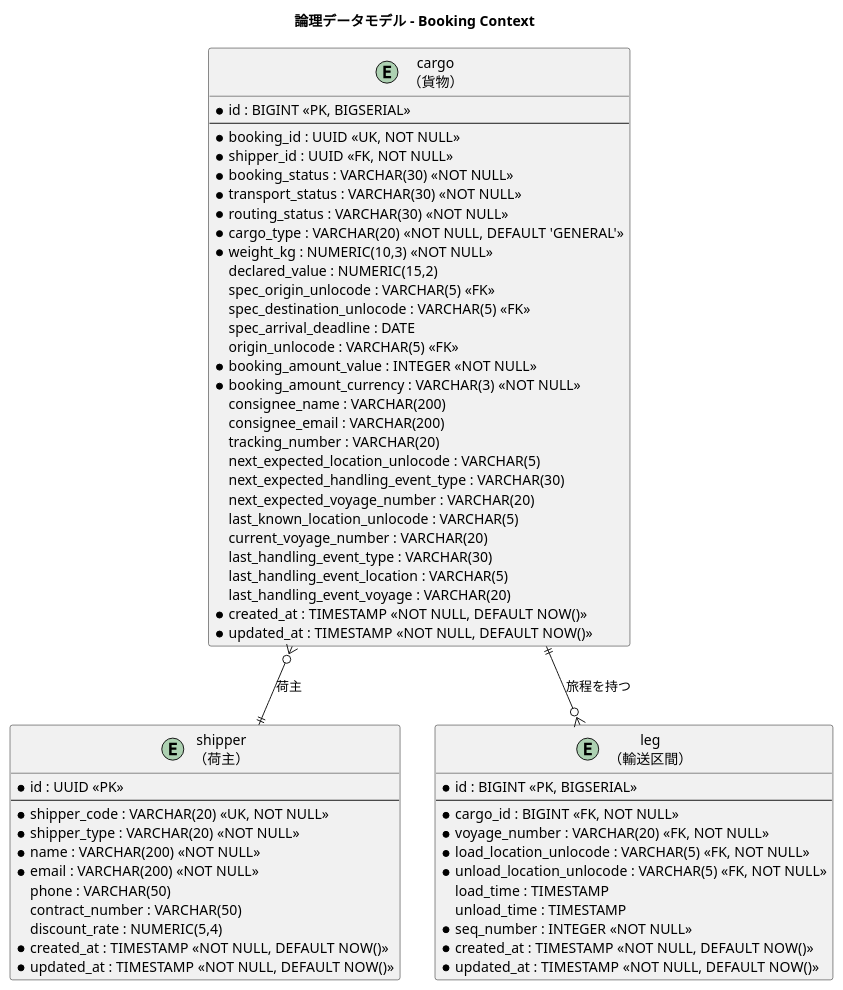
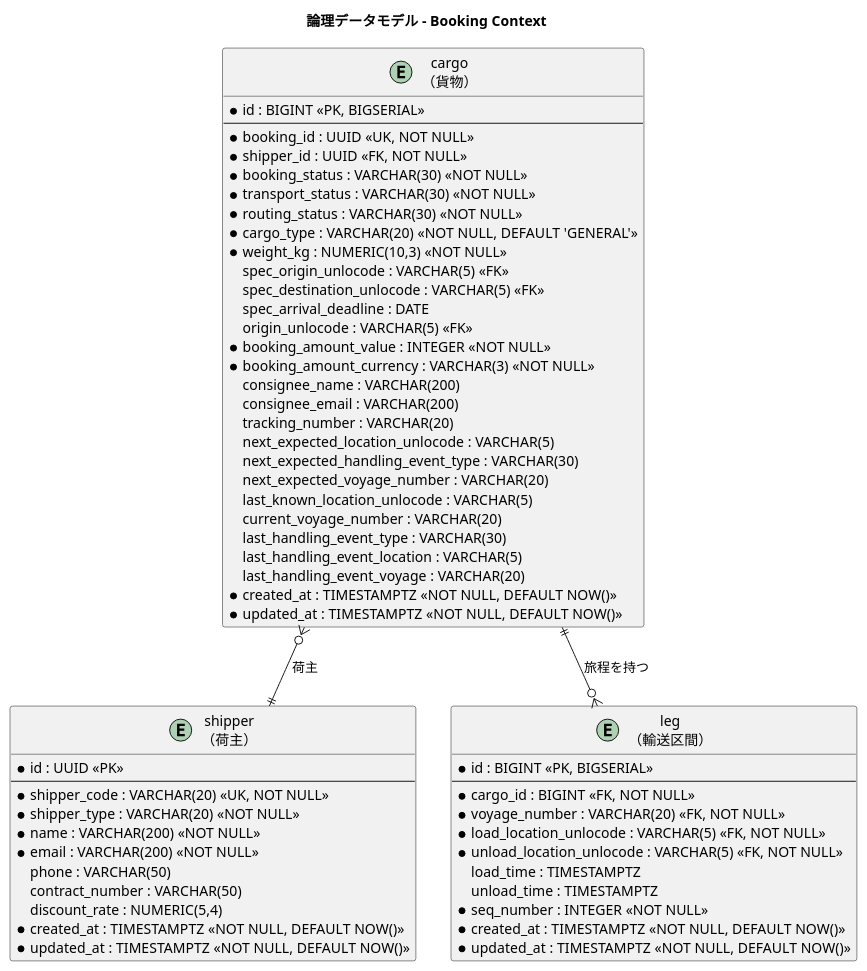
Before and after one commit to k2works/case-study-cargo-tracker: the third of 9 diagrams in docs/design/data-model.md, drawn with PlantUML. The commit also changed other lines of this file and 6 other files, not shown here.

````diff
--- a/docs/design/data-model.md
+++ b/docs/design/data-model.md
@@ -298,69 +300,68 @@
 ```plantuml
 @startuml
 title 論理データモデル - Booking Context
 
 entity "shipper\n（荷主）" as shipper {
   * id : UUID <<PK>>
   --
   * shipper_code : VARCHAR(20) <<UK, NOT NULL>>
   * shipper_type : VARCHAR(20) <<NOT NULL>>
   * name : VARCHAR(200) <<NOT NULL>>
   * email : VARCHAR(200) <<NOT NULL>>
   phone : VARCHAR(50)
   contract_number : VARCHAR(50)
   discount_rate : NUMERIC(5,4)
-  * created_at : TIMESTAMP <<NOT NULL, DEFAULT NOW()>>
-  * updated_at : TIMESTAMP <<NOT NULL, DEFAULT NOW()>>
+  * created_at : TIMESTAMPTZ <<NOT NULL, DEFAULT NOW()>>
+  * updated_at : TIMESTAMPTZ <<NOT NULL, DEFAULT NOW()>>
 }
 
 entity "cargo\n（貨物）" as cargo {
   * id : BIGINT <<PK, BIGSERIAL>>
   --
   * booking_id : UUID <<UK, NOT NULL>>
   * shipper_id : UUID <<FK, NOT NULL>>
   * booking_status : VARCHAR(30) <<NOT NULL>>
   * transport_status : VARCHAR(30) <<NOT NULL>>
   * routing_status : VARCHAR(30) <<NOT NULL>>
   * cargo_type : VARCHAR(20) <<NOT NULL, DEFAULT 'GENERAL'>>
   * weight_kg : NUMERIC(10,3) <<NOT NULL>>
-  declared_value : NUMERIC(15,2)
   spec_origin_unlocode : VARCHAR(5) <<FK>>
   spec_destination_unlocode : VARCHAR(5) <<FK>>
   spec_arrival_deadline : DATE
   origin_unlocode : VARCHAR(5) <<FK>>
   * booking_amount_value : INTEGER <<NOT NULL>>
   * booking_amount_currency : VARCHAR(3) <<NOT NULL>>
   consignee_name : VARCHAR(200)
   consignee_email : VARCHAR(200)
   tracking_number : VARCHAR(20)
   next_expected_location_unlocode : VARCHAR(5)
   next_expected_handling_event_type : VARCHAR(30)
   next_expected_voyage_number : VARCHAR(20)
   last_known_location_unlocode : VARCHAR(5)
   current_voyage_number : VARCHAR(20)
   last_handling_event_type : VARCHAR(30)
   last_handling_event_location : VARCHAR(5)
   last_handling_event_voyage : VARCHAR(20)
-  * created_at : TIMESTAMP <<NOT NULL, DEFAULT NOW()>>
-  * updated_at : TIMESTAMP <<NOT NULL, DEFAULT NOW()>>
+  * created_at : TIMESTAMPTZ <<NOT NULL, DEFAULT NOW()>>
+  * updated_at : TIMESTAMPTZ <<NOT NULL, DEFAULT NOW()>>
 }
 
 entity "leg\n（輸送区間）" as leg {
   * id : BIGINT <<PK, BIGSERIAL>>
   --
   * cargo_id : BIGINT <<FK, NOT NULL>>
   * voyage_number : VARCHAR(20) <<FK, NOT NULL>>
   * load_location_unlocode : VARCHAR(5) <<FK, NOT NULL>>
   * unload_location_unlocode : VARCHAR(5) <<FK, NOT NULL>>
-  load_time : TIMESTAMP
-  unload_time : TIMESTAMP
+  load_time : TIMESTAMPTZ
+  unload_time : TIMESTAMPTZ
   * seq_number : INTEGER <<NOT NULL>>
-  * created_at : TIMESTAMP <<NOT NULL, DEFAULT NOW()>>
-  * updated_at : TIMESTAMP <<NOT NULL, DEFAULT NOW()>>
+  * created_at : TIMESTAMPTZ <<NOT NULL, DEFAULT NOW()>>
+  * updated_at : TIMESTAMPTZ <<NOT NULL, DEFAULT NOW()>>
 }
 
 cargo }o--|| shipper : "荷主"
 cargo ||--o{ leg : "旅程を持つ"
 
 @enduml
 ```
````
